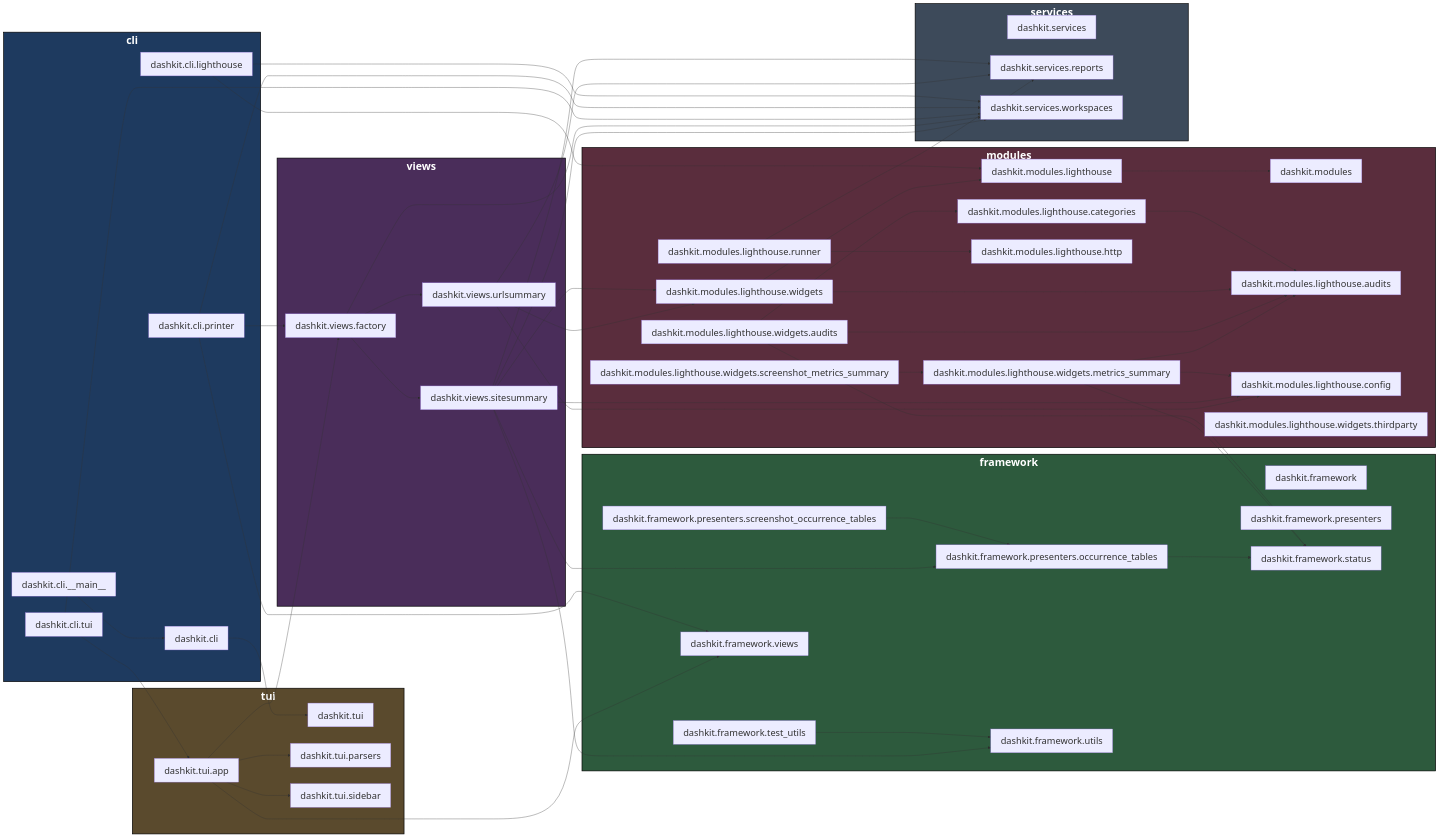
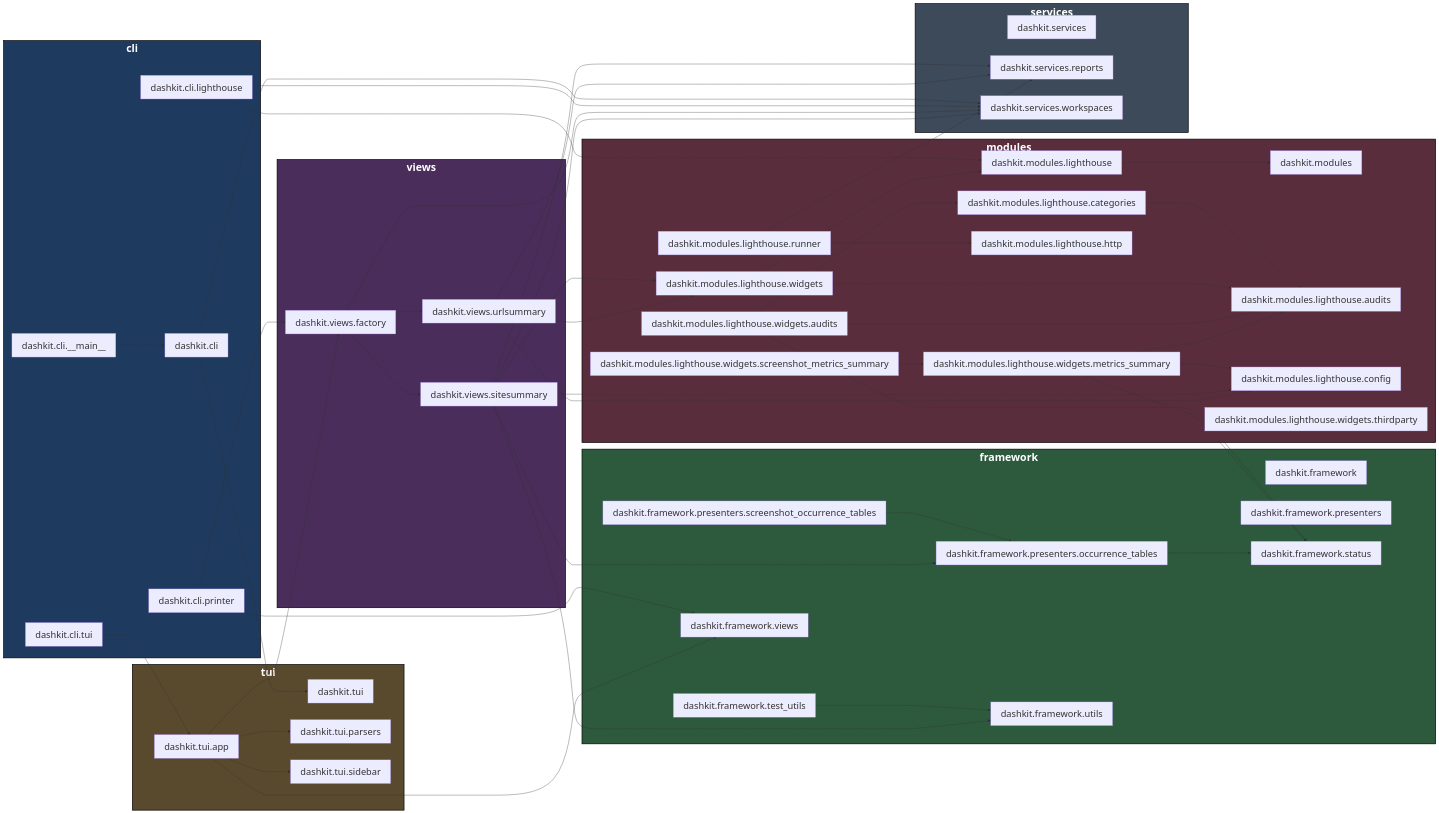
The diagram in docs/arch-code-diagram.mmd (oct-cr/web-audit-tool), drawn with Mermaid before and after one commit. The commit also changed 9 other files, not shown here.

```diff
--- a/docs/arch-code-diagram.mmd
+++ b/docs/arch-code-diagram.mmd
@@ -1,106 +1,105 @@
 flowchart LR
 %% Auto-generated from code (utils/gen_arch_diagram.py)
 
 subgraph cli["<b style='font-size:32px'>cli</b>"]
   style cli fill:#1e3a5f,color:#fff,stroke:#000,stroke-width:2px
   dashkit_cli["dashkit.cli"]
   dashkit_cli___main__["dashkit.cli.__main__"]
   dashkit_cli_lighthouse["dashkit.cli.lighthouse"]
   dashkit_cli_printer["dashkit.cli.printer"]
   dashkit_cli_tui["dashkit.cli.tui"]
 end
 
 subgraph framework["<b style='font-size:32px'>framework</b>"]
   style framework fill:#2d5a3d,color:#fff,stroke:#000,stroke-width:2px
   dashkit_framework["dashkit.framework"]
   dashkit_framework_presenters["dashkit.framework.presenters"]
   dashkit_framework_presenters_occurrence_tables["dashkit.framework.presenters.occurrence_tables"]
   dashkit_framework_presenters_screenshot_occurrence_tables["dashkit.framework.presenters.screenshot_occurrence_tables"]
   dashkit_framework_status["dashkit.framework.status"]
   dashkit_framework_test_utils["dashkit.framework.test_utils"]
   dashkit_framework_utils["dashkit.framework.utils"]
   dashkit_framework_views["dashkit.framework.views"]
 end
 
 subgraph modules["<b style='font-size:32px'>modules</b>"]
   style modules fill:#5a2d3d,color:#fff,stroke:#000,stroke-width:2px
   dashkit_modules["dashkit.modules"]
   dashkit_modules_lighthouse["dashkit.modules.lighthouse"]
   dashkit_modules_lighthouse_audits["dashkit.modules.lighthouse.audits"]
   dashkit_modules_lighthouse_categories["dashkit.modules.lighthouse.categories"]
   dashkit_modules_lighthouse_config["dashkit.modules.lighthouse.config"]
   dashkit_modules_lighthouse_http["dashkit.modules.lighthouse.http"]
   dashkit_modules_lighthouse_runner["dashkit.modules.lighthouse.runner"]
   dashkit_modules_lighthouse_widgets["dashkit.modules.lighthouse.widgets"]
   dashkit_modules_lighthouse_widgets_audits["dashkit.modules.lighthouse.widgets.audits"]
   dashkit_modules_lighthouse_widgets_metrics_summary["dashkit.modules.lighthouse.widgets.metrics_summary"]
   dashkit_modules_lighthouse_widgets_screenshot_metrics_summary["dashkit.modules.lighthouse.widgets.screenshot_metrics_summary"]
   dashkit_modules_lighthouse_widgets_thirdparty["dashkit.modules.lighthouse.widgets.thirdparty"]
 end
 
 subgraph services["<b style='font-size:32px'>services</b>"]
   style services fill:#3d4a5a,color:#fff,stroke:#000,stroke-width:2px
   dashkit_services["dashkit.services"]
   dashkit_services_reports["dashkit.services.reports"]
   dashkit_services_workspaces["dashkit.services.workspaces"]
 end
 
 subgraph tui["<b style='font-size:32px'>tui</b>"]
   style tui fill:#5a4a2d,color:#fff,stroke:#000,stroke-width:2px
   dashkit_tui["dashkit.tui"]
   dashkit_tui_app["dashkit.tui.app"]
   dashkit_tui_parsers["dashkit.tui.parsers"]
   dashkit_tui_sidebar["dashkit.tui.sidebar"]
 end
 
 subgraph views["<b style='font-size:32px'>views</b>"]
   style views fill:#4a2d5a,color:#fff,stroke:#000,stroke-width:2px
   dashkit_views_factory["dashkit.views.factory"]
   dashkit_views_sitesummary["dashkit.views.sitesummary"]
   dashkit_views_urlsummary["dashkit.views.urlsummary"]
 end
 
+dashkit_cli --> dashkit_services_workspaces
 dashkit_cli --> dashkit_tui
 dashkit_cli___main__ --> dashkit_cli
 dashkit_cli_lighthouse --> dashkit_modules_lighthouse
 dashkit_cli_lighthouse --> dashkit_services_workspaces
 dashkit_cli_printer --> dashkit_framework_views
-dashkit_cli_printer --> dashkit_services_workspaces
 dashkit_cli_printer --> dashkit_views_factory
-dashkit_cli_tui --> dashkit_services_workspaces
 dashkit_cli_tui --> dashkit_tui_app
 dashkit_framework_presenters_occurrence_tables --> dashkit_framework_status
 dashkit_framework_presenters_screenshot_occurrence_tables --> dashkit_framework_presenters_occurrence_tables
 dashkit_framework_test_utils --> dashkit_framework_utils
 dashkit_modules_lighthouse --> dashkit_modules
 dashkit_modules_lighthouse_categories --> dashkit_modules_lighthouse_audits
 dashkit_modules_lighthouse_runner --> dashkit_modules_lighthouse_http
 dashkit_modules_lighthouse_runner --> dashkit_services_reports
 dashkit_modules_lighthouse_widgets --> dashkit_modules_lighthouse
 dashkit_modules_lighthouse_widgets --> dashkit_modules_lighthouse_audits
 dashkit_modules_lighthouse_widgets_audits --> dashkit_framework_status
 dashkit_modules_lighthouse_widgets_audits --> dashkit_modules_lighthouse_audits
 dashkit_modules_lighthouse_widgets_audits --> dashkit_modules_lighthouse_categories
 dashkit_modules_lighthouse_widgets_metrics_summary --> dashkit_framework_status
 dashkit_modules_lighthouse_widgets_metrics_summary --> dashkit_modules_lighthouse_audits
 dashkit_modules_lighthouse_widgets_metrics_summary --> dashkit_modules_lighthouse_config
 dashkit_modules_lighthouse_widgets_screenshot_metrics_summary --> dashkit_modules_lighthouse_widgets_metrics_summary
 dashkit_tui_app --> dashkit_framework_views
 dashkit_tui_app --> dashkit_tui_parsers
 dashkit_tui_app --> dashkit_tui_sidebar
 dashkit_tui_app --> dashkit_views_factory
 dashkit_views_factory --> dashkit_services_workspaces
 dashkit_views_factory --> dashkit_views_sitesummary
 dashkit_views_factory --> dashkit_views_urlsummary
 dashkit_views_sitesummary --> dashkit_framework_presenters_occurrence_tables
 dashkit_views_sitesummary --> dashkit_framework_utils
 dashkit_views_sitesummary --> dashkit_modules_lighthouse_config
 dashkit_views_sitesummary --> dashkit_modules_lighthouse_widgets
 dashkit_views_sitesummary --> dashkit_services_reports
 dashkit_views_sitesummary --> dashkit_services_workspaces
 dashkit_views_urlsummary --> dashkit_modules_lighthouse_config
 dashkit_views_urlsummary --> dashkit_modules_lighthouse_widgets
 dashkit_views_urlsummary --> dashkit_services_reports
 
 classDef nodeClass font-size:28px;
 class dashkit_framework_test_utils,dashkit_framework,dashkit_framework_utils,dashkit_framework_views,dashkit_framework_status,dashkit_tui_sidebar,dashkit_tui,dashkit_tui_parsers,dashkit_tui_app,dashkit_cli,dashkit_cli_tui,dashkit_cli_lighthouse,dashkit_cli_printer,dashkit_cli___main__,dashkit_modules,dashkit_views_sitesummary,dashkit_views_factory,dashkit_views_urlsummary,dashkit_services,dashkit_services_reports,dashkit_services_workspaces,dashkit_modules_lighthouse_audits,dashkit_modules_lighthouse_runner,dashkit_modules_lighthouse_config,dashkit_modules_lighthouse_categories,dashkit_modules_lighthouse,dashkit_modules_lighthouse_http,dashkit_modules_lighthouse_widgets_screenshot_metrics_summary,dashkit_modules_lighthouse_widgets_audits,dashkit_modules_lighthouse_widgets,dashkit_modules_lighthouse_widgets_metrics_summary,dashkit_modules_lighthouse_widgets_thirdparty,dashkit_framework_presenters_screenshot_occurrence_tables,dashkit_framework_presenters,dashkit_framework_presenters_occurrence_tables nodeClass;
```
